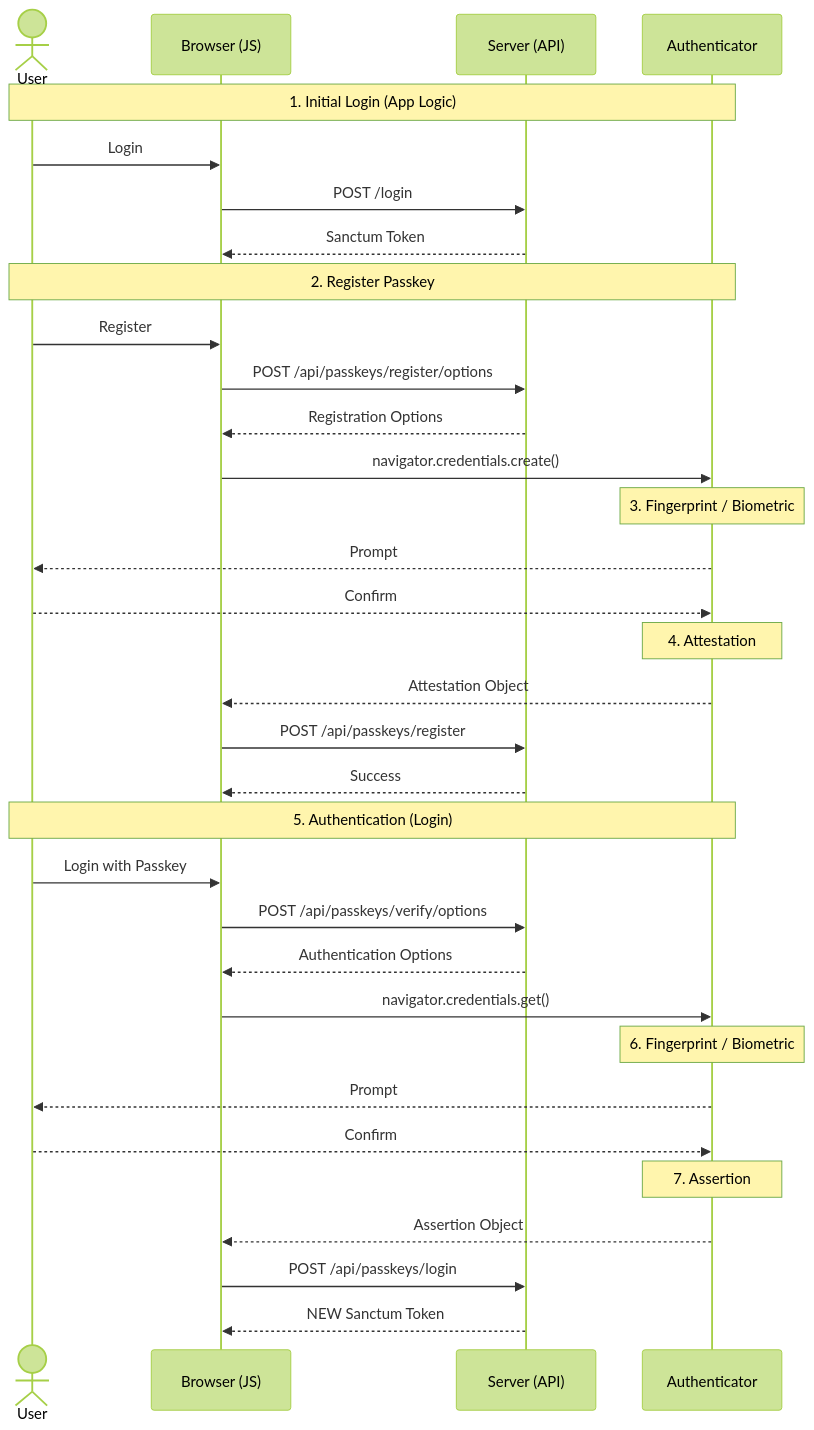
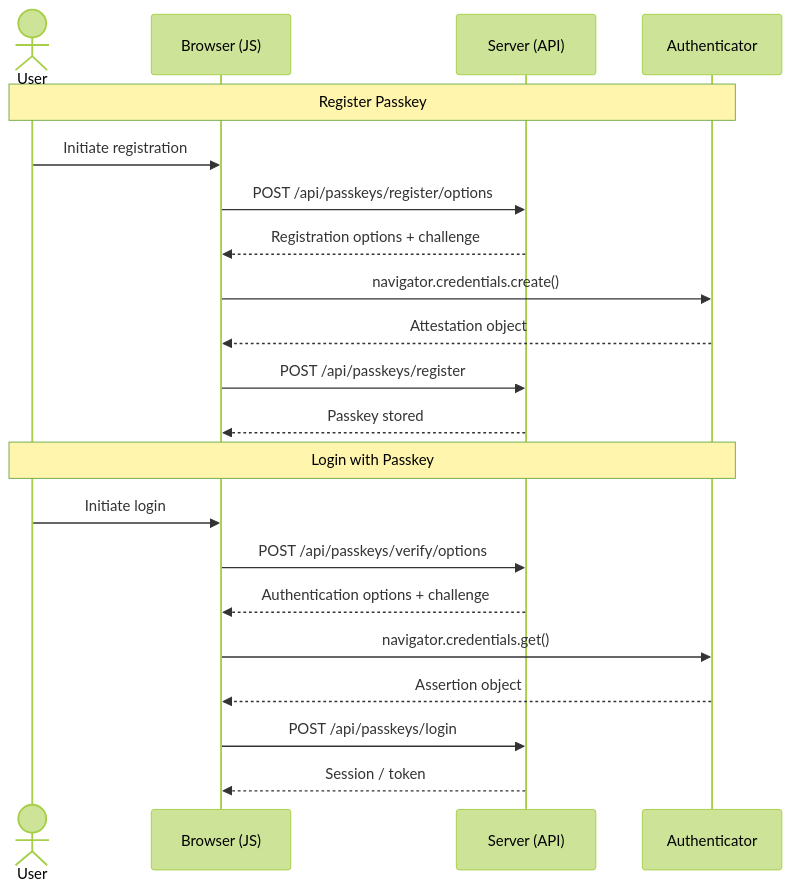
The diagram in README.md (xefi/laravel-passkey-api), drawn with Mermaid (forest theme) before and after one commit. The commit also changed other lines of this file and 28 other files, not shown here.

````diff
--- a/README.md
+++ b/README.md
@@ -324,42 +105,25 @@
 ```mermaid
 sequenceDiagram
     actor User
     participant Browser as Browser (JS)
     participant Server as Server (API)
     participant Auth as Authenticator
 
-    Note over User,Auth: 1. Initial Login (App Logic)
-    User->>Browser: Login
-    Browser->>Server: POST /login
-    Server-->>Browser: Sanctum Token
+    Note over User,Auth: Register Passkey
+    User->>Browser: Initiate registration
+    Browser->>Server: POST /api/passkeys/register/options
+    Server-->>Browser: Registration options + challenge
+    Browser->>Auth: navigator.credentials.create()
+    Auth-->>Browser: Attestation object
+    Browser->>Server: POST /api/passkeys/register
+    Server-->>Browser: Passkey stored
 
-    Note over User,Auth: 2. Register Passkey
-    User->>Browser: Register
-    Browser->>Server: POST /api/passkeys/register/options
-    Server-->>Browser: Registration Options
-
-    Browser->>Auth: navigator.credentials.create()
-    Note over Auth: 3. Fingerprint / Biometric
-    Auth-->>User: Prompt
-    User-->>Auth: Confirm
-    Note over Auth: 4. Attestation
-    Auth-->>Browser: Attestation Object
-
-    Browser->>Server: POST /api/passkeys/register
-    Server-->>Browser: Success
-
-    Note over User,Auth: 5. Authentication (Login)
-    User->>Browser: Login with Passkey
+    Note over User,Auth: Login with Passkey
+    User->>Browser: Initiate login
     Browser->>Server: POST /api/passkeys/verify/options
-    Server-->>Browser: Authentication Options
-
+    Server-->>Browser: Authentication options + challenge
     Browser->>Auth: navigator.credentials.get()
-    Note over Auth: 6. Fingerprint / Biometric
-    Auth-->>User: Prompt
-    User-->>Auth: Confirm
-    Note over Auth: 7. Assertion
-    Auth-->>Browser: Assertion Object
-
+    Auth-->>Browser: Assertion object
     Browser->>Server: POST /api/passkeys/login
-    Server-->>Browser: NEW Sanctum Token
+    Server-->>Browser: Session / token
 ```
````
